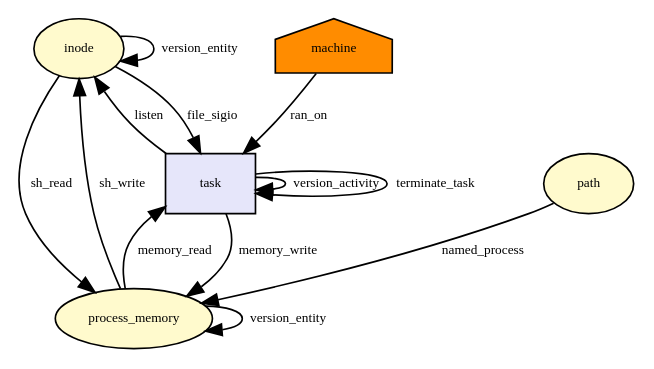
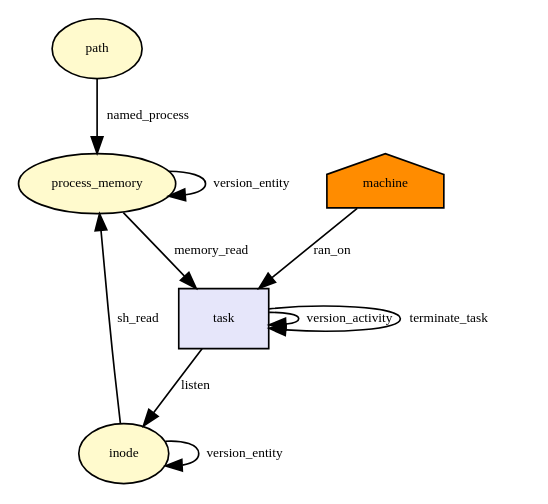
Before and after one commit to CamFlow/camflow-dev: the diagram in docs/dot/__x64_sys_listen.dot, drawn with Graphviz. The commit also changed 90 other files, not shown here.

```diff
--- a/docs/dot/__x64_sys_listen.dot
+++ b/docs/dot/__x64_sys_listen.dot
@@ -1,35 +1,29 @@
-digraph RGL__DirectedAdjacencyGraph {inode[fontsize = 8,label = inode,shape = ellipse, fillcolor="#fffacd", style = filled]
-
-task[fontsize = 8,label = task,shape = rectangle, fillcolor="#e6e6fa", style = filled]
-
-inode -> task[fontsize = 8,label = file_sigio]
+digraph RGL__DirectedAdjacencyGraph {path[fontsize = 8,label = path,shape = ellipse, fillcolor="#fffacd", style = filled]
 
 process_memory[fontsize = 8,label = process_memory,shape = ellipse, fillcolor="#fffacd", style = filled]
-
-task -> process_memory[fontsize = 8,label = memory_write]
-
-task -> task[fontsize = 8,label = version_activity]
-
-process_memory -> process_memory[fontsize = 8,label = version_entity]
-
-process_memory -> inode[fontsize = 8,label = sh_write]
-
-inode -> inode[fontsize = 8,label = version_entity]
-
-path[fontsize = 8,label = path,shape = ellipse, fillcolor="#fffacd", style = filled]
 
 path -> process_memory[fontsize = 8,label = named_process]
 
 machine[fontsize = 8,label = machine,shape = house, fillcolor="#ff8c00", style = filled]
 
+task[fontsize = 8,label = task,shape = rectangle, fillcolor="#e6e6fa", style = filled]
+
 machine -> task[fontsize = 8,label = ran_on]
 
 process_memory -> task[fontsize = 8,label = memory_read]
 
+inode[fontsize = 8,label = inode,shape = ellipse, fillcolor="#fffacd", style = filled]
+
 task -> inode[fontsize = 8,label = listen]
 
+task -> task[fontsize = 8,label = version_activity]
+
+inode -> inode[fontsize = 8,label = version_entity]
+
 inode -> process_memory[fontsize = 8,label = sh_read]
+
+process_memory -> process_memory[fontsize = 8,label = version_entity]
 
 task -> task[fontsize = 8,label = terminate_task]
 
 }
```
